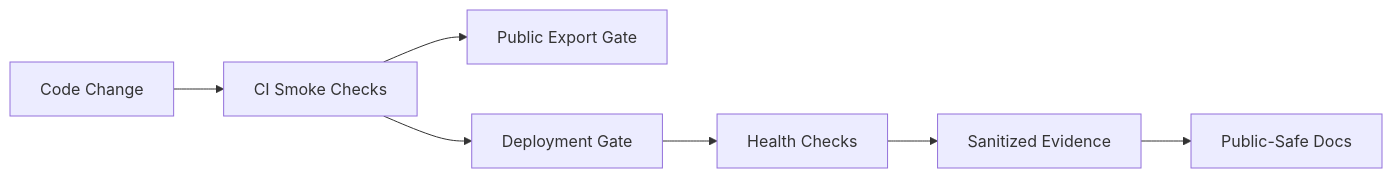
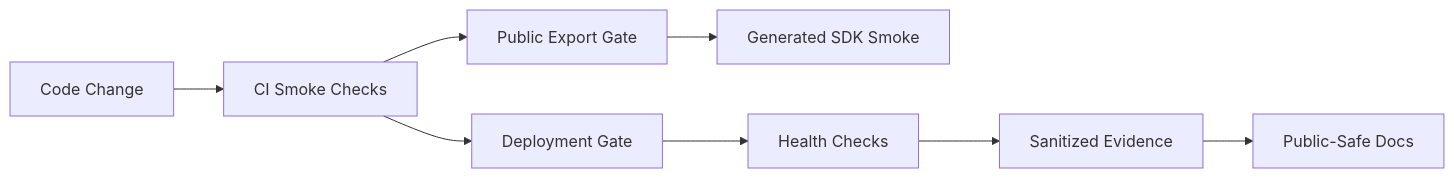
One commit to AlexGerlitz/drivedesk-core changed the fifth of 6 diagrams in docs/public/SYSTEM_DESIGN.md. Above: the diagram before and after it, drawn with Mermaid. The commit also changed other lines of this file and 17 other files, not shown here.

Commit message:
Add generated public demo SDK

````diff
--- a/docs/public/SYSTEM_DESIGN.md
+++ b/docs/public/SYSTEM_DESIGN.md
@@ -157,9 +159,10 @@
 ```mermaid
 flowchart LR
   Change["Code Change"] --> CI["CI Smoke Checks"]
   CI --> ExportGate["Public Export Gate"]
+  ExportGate --> SDKSmoke["Generated SDK Smoke"]
   CI --> DeployGate["Deployment Gate"]
   DeployGate --> Health["Health Checks"]
   Health --> Evidence["Sanitized Evidence"]
   Evidence --> Docs["Public-Safe Docs"]
 ```
````
